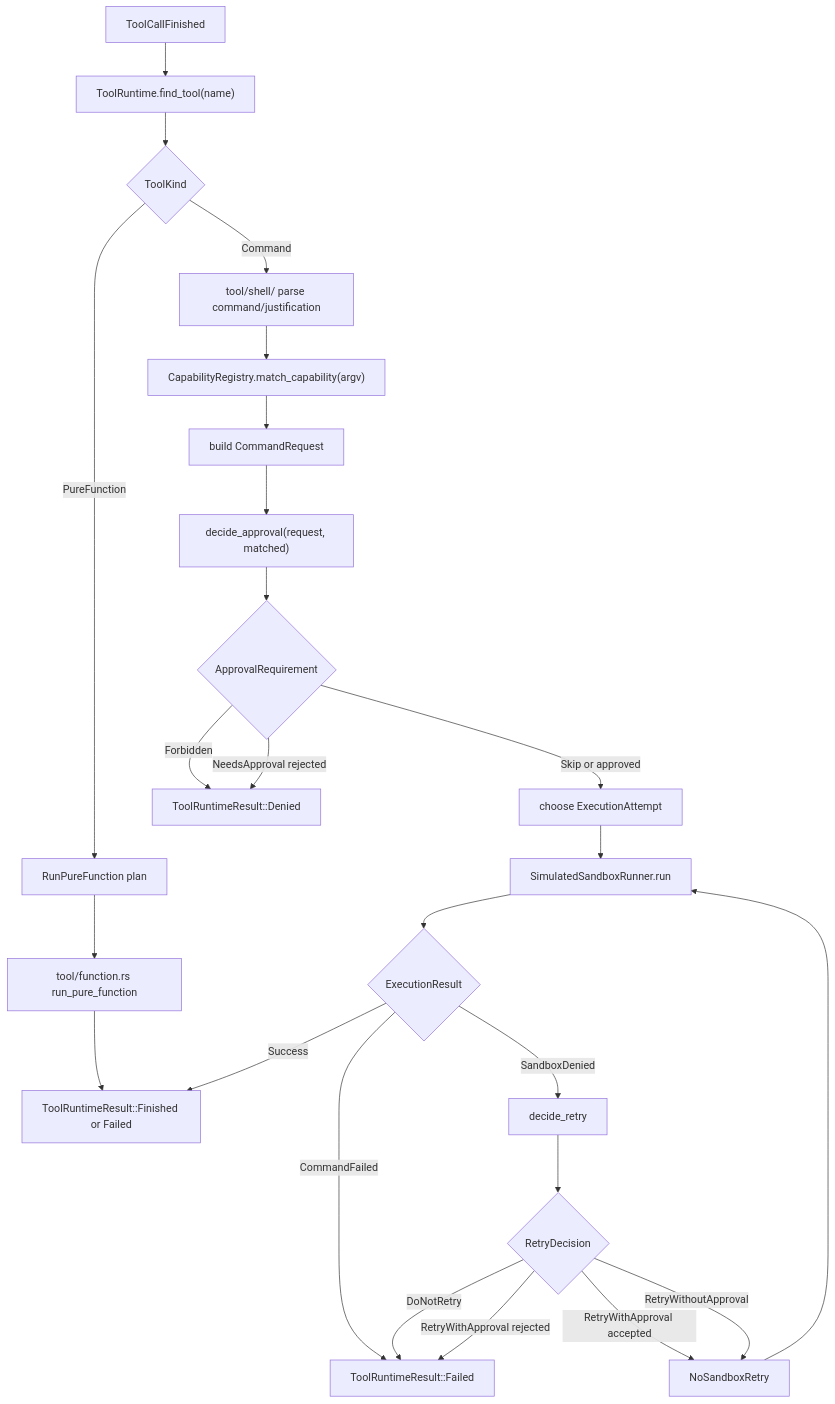
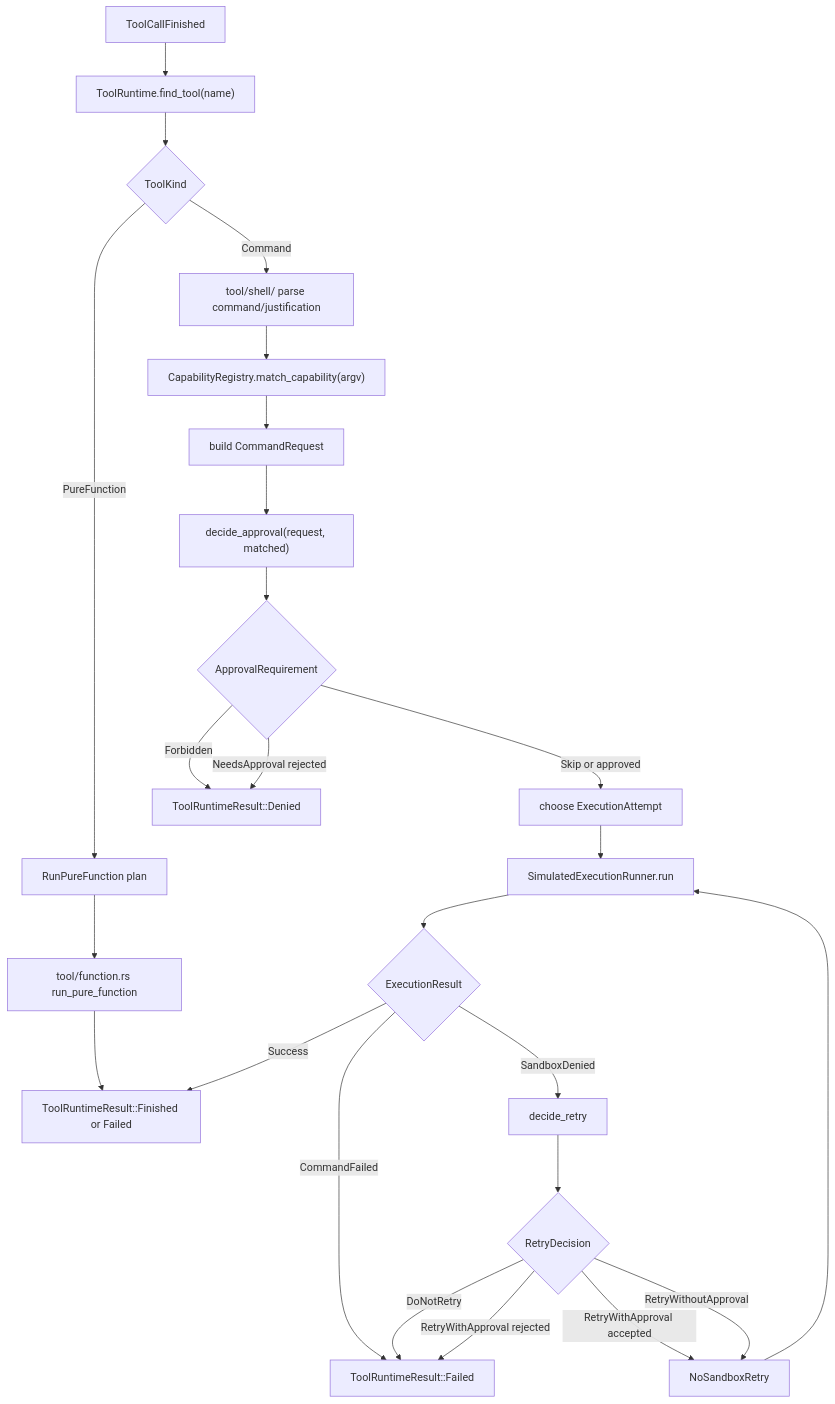
Before and after one commit to hedon954/daedalus: the diagram in workspaces/02-learning/openai-codex-cli-deep-learning/topics/tools-permissions/guides/08-demo-coder/03-tool-runtime-data-relationships.md, drawn with Mermaid. The commit also changed other lines of this file and 19 other files, not shown here.

````diff
--- a/workspaces/02-learning/openai-codex-cli-deep-learning/topics/tools-permissions/guides/08-demo-coder/03-tool-runtime-data-relationships.md
+++ b/workspaces/02-learning/openai-codex-cli-deep-learning/topics/tools-permissions/guides/08-demo-coder/03-tool-runtime-data-relationships.md
@@ -309,29 +312,29 @@
 ```mermaid
 flowchart TD
     A["ToolCallFinished"] --> B["ToolRuntime.find_tool(name)"]
     B --> C{"ToolKind"}
 
     C -->|"PureFunction"| D["RunPureFunction plan"]
     D --> E["tool/function.rs run_pure_function"]
     E --> F["ToolRuntimeResult::Finished or Failed"]
 
     C -->|"Command"| G["tool/shell/ parse command/justification"]
     G --> H["CapabilityRegistry.match_capability(argv)"]
     H --> I["build CommandRequest"]
     I --> J["decide_approval(request, matched)"]
     J --> K{"ApprovalRequirement"}
     K -->|"Forbidden"| L["ToolRuntimeResult::Denied"]
     K -->|"NeedsApproval rejected"| L
     K -->|"Skip or approved"| M["choose ExecutionAttempt"]
-    M --> N["SimulatedSandboxRunner.run"]
+    M --> N["SimulatedExecutionRunner.run"]
     N --> O{"ExecutionResult"}
     O -->|"Success"| F
     O -->|"CommandFailed"| P["ToolRuntimeResult::Failed"]
     O -->|"SandboxDenied"| Q["decide_retry"]
     Q --> R{"RetryDecision"}
     R -->|"DoNotRetry"| P
     R -->|"RetryWithApproval rejected"| P
     R -->|"RetryWithApproval accepted"| S["NoSandboxRetry"]
     R -->|"RetryWithoutApproval"| S
     S --> N
 ```
````
